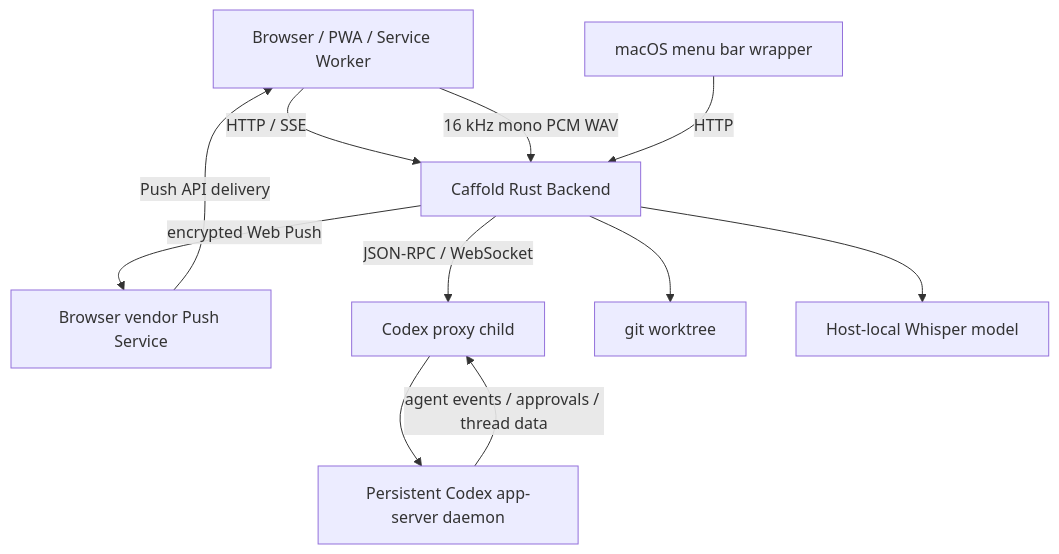
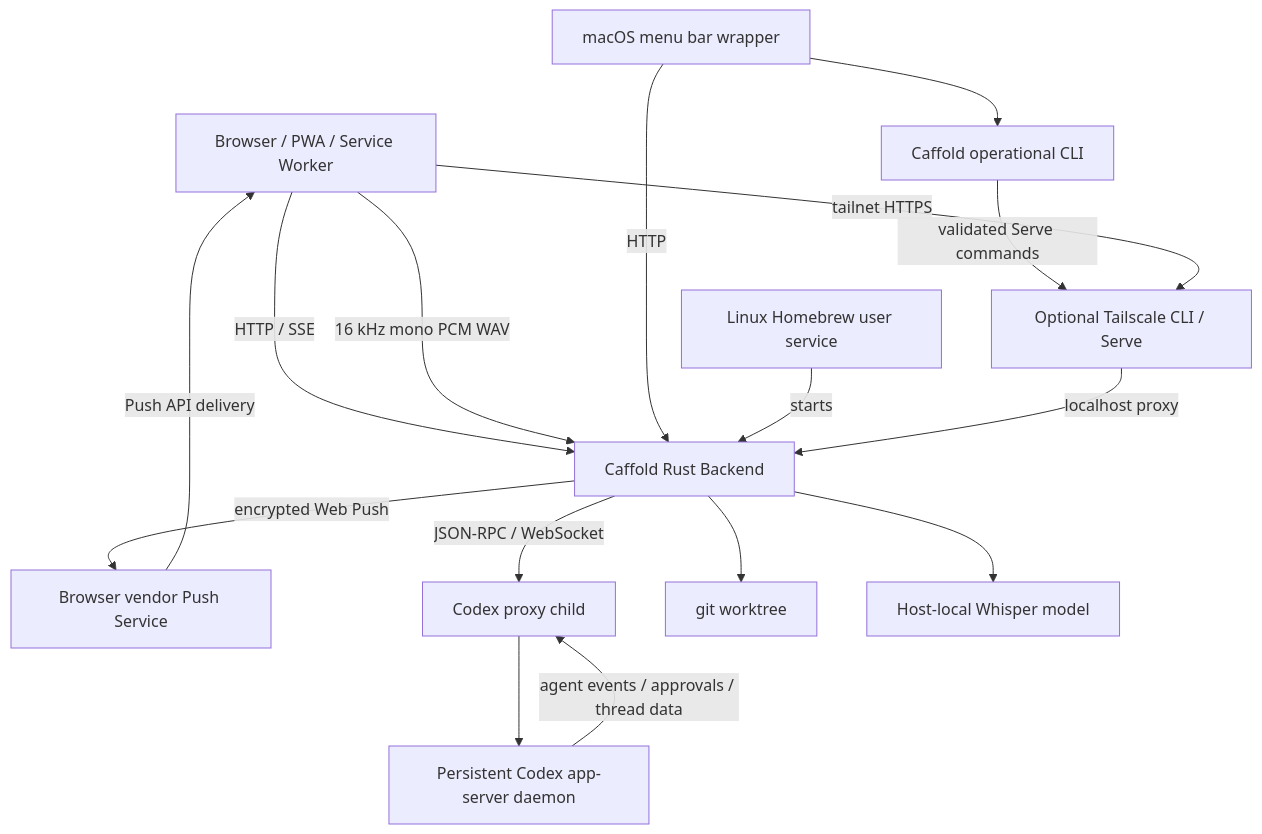
The diagram in docs/architecture/overview.md (panarch/caffold), drawn with Mermaid before and after one commit. The commit also changed other lines of this file and 30 other files, not shown here.

````diff
--- a/docs/architecture/overview.md
+++ b/docs/architecture/overview.md
@@ -10,22 +10,30 @@
 ```mermaid
 flowchart TD
     PWA["Browser / PWA / Service Worker"]
     MacWrapper["macOS menu bar wrapper"]
+    LinuxService["Linux Homebrew user service"]
+    OperationsCLI["Caffold operational CLI"]
     Backend["Caffold Rust Backend"]
     PushService["Browser vendor Push Service"]
     Proxy["Codex proxy child"]
     AppServer["Persistent Codex app-server daemon"]
     Git["git worktree"]
     Whisper["Host-local Whisper model"]
+    Tailscale["Optional Tailscale CLI / Serve"]
 
     PWA -->|"HTTP / SSE"| Backend
     PWA -->|"16 kHz mono PCM WAV"| Backend
     MacWrapper -->|"HTTP"| Backend
+    LinuxService -->|"starts"| Backend
     Backend -->|"JSON-RPC / WebSocket"| Proxy
     Proxy --> AppServer
     Backend --> Git
     Backend --> Whisper
+    MacWrapper --> OperationsCLI
+    OperationsCLI -->|"validated Serve commands"| Tailscale
+    PWA -->|"tailnet HTTPS"| Tailscale
+    Tailscale -->|"localhost proxy"| Backend
     Backend -->|"encrypted Web Push"| PushService
     PushService -->|"Push API delivery"| PWA
     AppServer -->|"agent events / approvals / thread data"| Proxy
 ```
````
